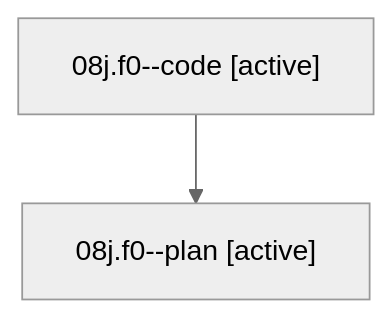
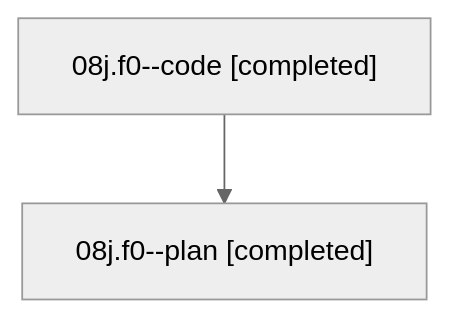
Before and after one commit to bobs-org/bob-cli--agents: the diagram in families/bbugyi200.athena.08j.f0.md, drawn with Mermaid (neutral theme). The commit also changed other lines of this file and 35 other files, not shown here.

````diff
--- a/families/bbugyi200.athena.08j.f0.md
+++ b/families/bbugyi200.athena.08j.f0.md
@@ -9,6 +9,6 @@
 ```mermaid
 flowchart TD
-  n0["08j.f0--code [active]"]
-  n1["08j.f0--plan [active]"]
+  n0["08j.f0--code [completed]"]
+  n1["08j.f0--plan [completed]"]
   n0 --> n1
 ```
````
